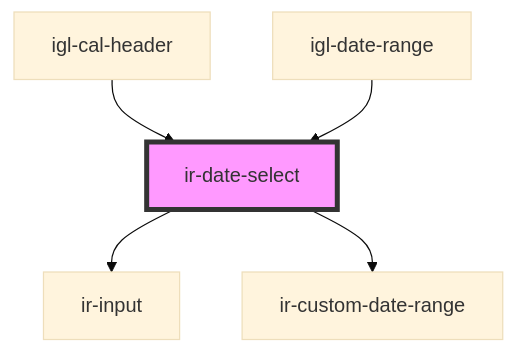
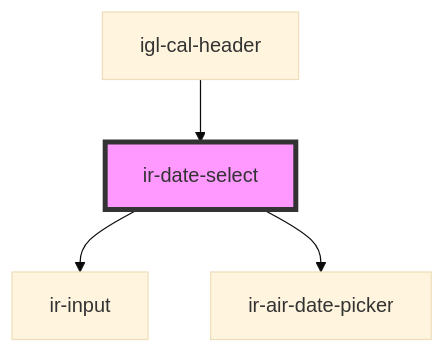
The diagram in src/components/ui/date-picker/ir-date-select/readme.md (RonyRizk/ir-webcmp), drawn with Mermaid (base theme) before and after one commit. The commit also changed other lines of this file and 43 other files, not shown here.

````diff
--- a/src/components/ui/date-picker/ir-date-select/readme.md
+++ b/src/components/ui/date-picker/ir-date-select/readme.md
@@ -100,8 +99,7 @@
 ```mermaid
 graph TD;
   ir-date-select --> ir-input
-  ir-date-select --> ir-custom-date-range
+  ir-date-select --> ir-air-date-picker
   igl-cal-header --> ir-date-select
-  igl-date-range --> ir-date-select
   style ir-date-select fill:#f9f,stroke:#333,stroke-width:4px
 ```
````
